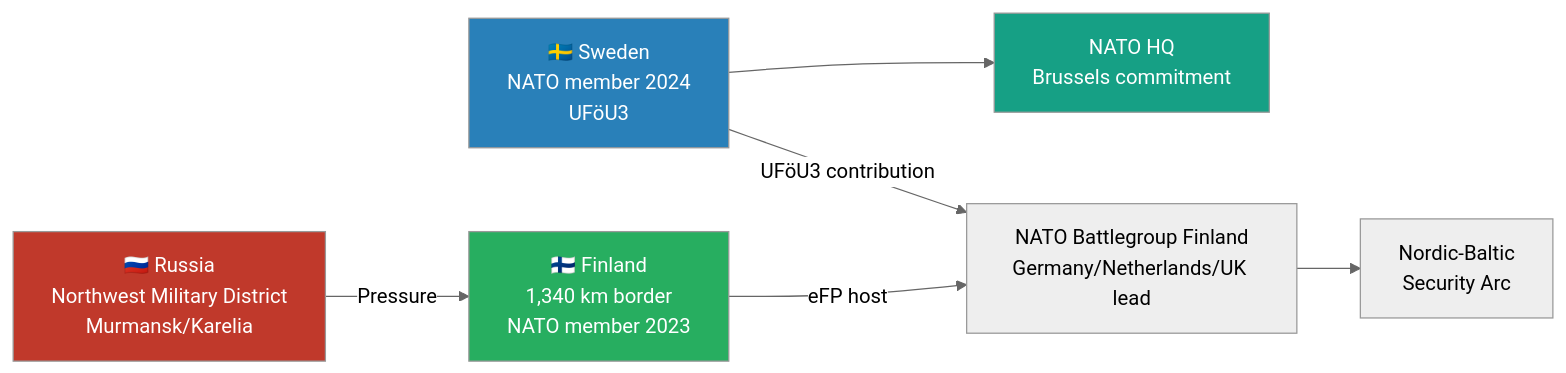
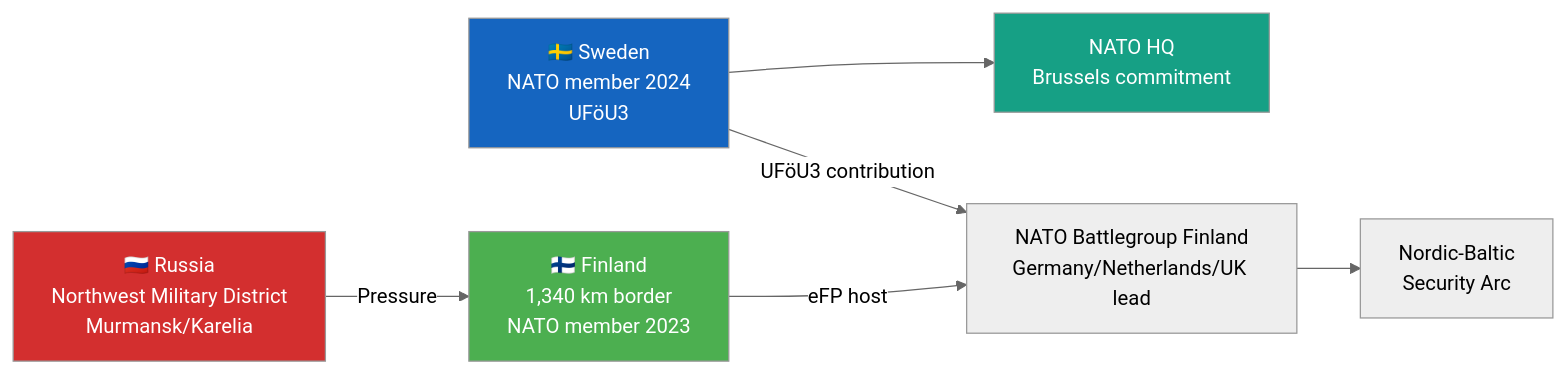
The diagram in analysis/daily/2026-04-17/committeeReports/documents/HD01UFöU3-analysis.md (Hack23/riksdagsmonitor), drawn with Mermaid (neutral theme) before and after one commit. The commit also changed 785 other files, not shown here.

First line of the commit message:
Normalize mermaid colors across 786 analysis artifacts to ISMS Style Guide palette

````diff
--- a/analysis/daily/2026-04-17/committeeReports/documents/HD01UFöU3-analysis.md
+++ b/analysis/daily/2026-04-17/committeeReports/documents/HD01UFöU3-analysis.md
@@ -27,13 +27,13 @@
 ```mermaid
 graph LR
-    style RUSSIA fill:#c0392b,color:#fff
-    style SWEDEN fill:#2980b9,color:#fff
-    style FINLAND fill:#27ae60,color:#fff
-    style NATO fill:#16a085,color:#fff
+    style RUSSIA fill:#D32F2F,color:#FFFFFF
+    style SWEDEN fill:#1565C0,color:#FFFFFF
+    style FINLAND fill:#4CAF50,color:#FFFFFF
+    style NATO fill:#16a085,color:#FFFFFF
 
     RUSSIA[🇷🇺 Russia<br/>Northwest Military District<br/>Murmansk/Karelia] -- "Pressure" --> FINLAND[🇫🇮 Finland<br/>1,340 km border<br/>NATO member 2023]
     FINLAND -- "eFP host" --> NATO_FIN[NATO Battlegroup Finland<br/>Germany/Netherlands/UK lead]
     SWEDEN -- "UFöU3 contribution" --> NATO_FIN
     SWEDEN[🇸🇪 Sweden<br/>NATO member 2024<br/>UFöU3] --> NATO[NATO HQ<br/>Brussels commitment]
     NATO_FIN --> DEFENCE[Nordic-Baltic<br/>Security Arc]
 ```
````
